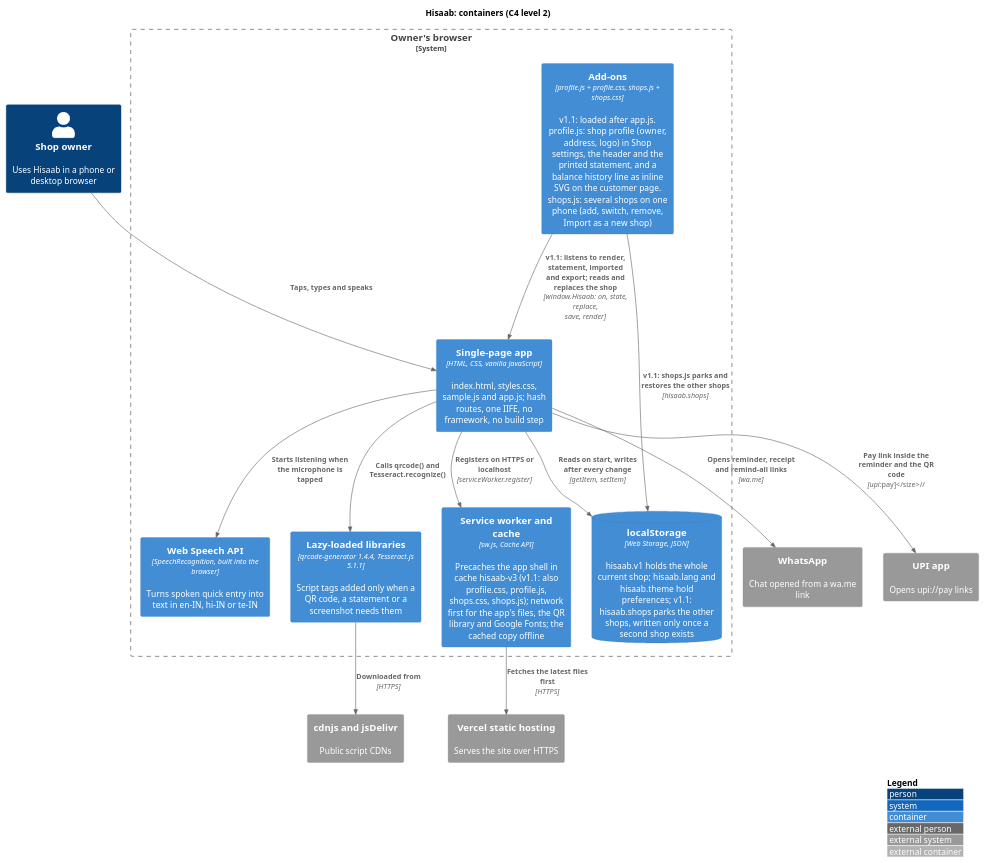
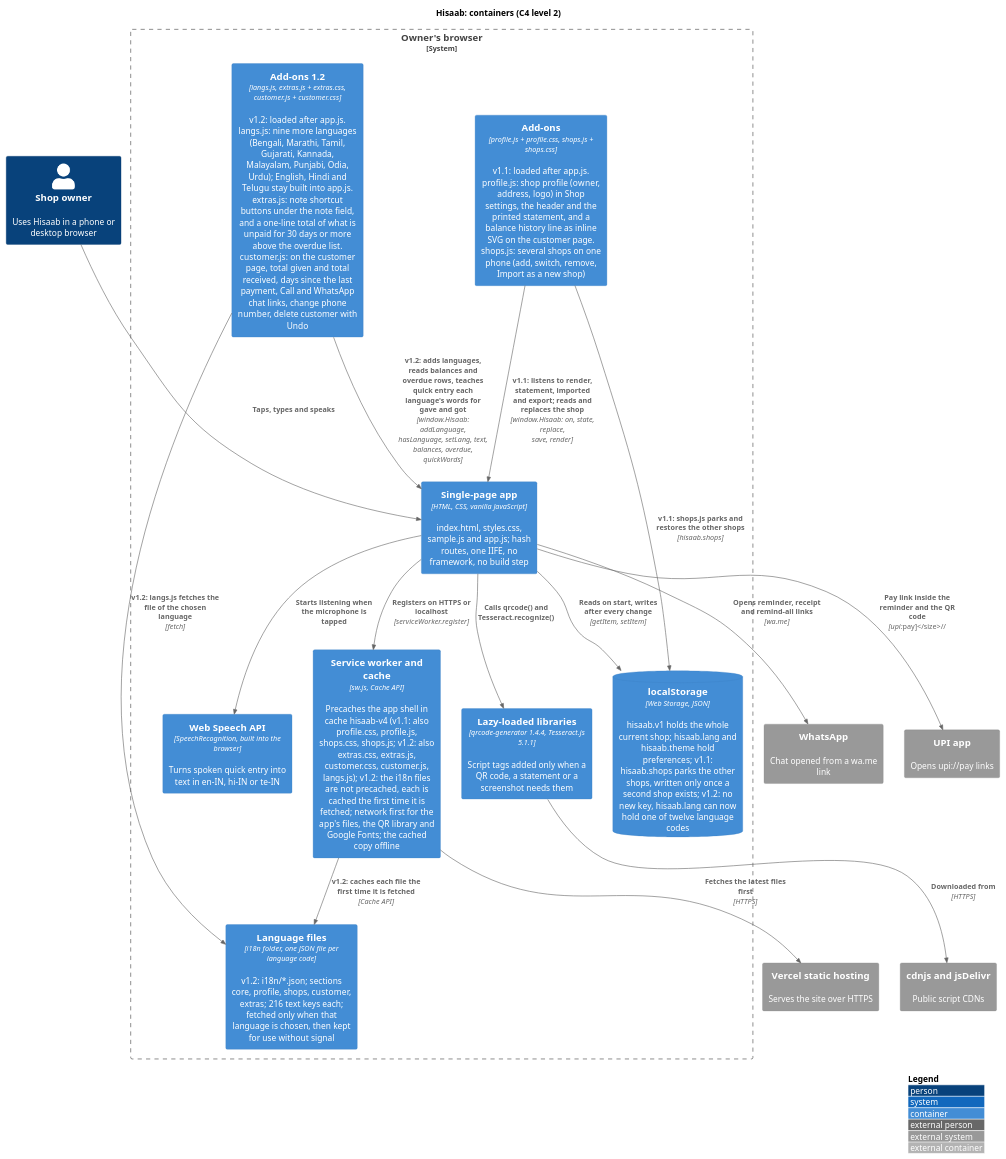
One commit to karwasanjay007/hisaab-docs changed the diagram in docs/diagrams/c4-container.puml. Above: the diagram before and after it, drawn with PlantUML. The commit also changed 25 other files, not shown here.

First line of the commit message:
Version 1.2.0.0: twelve languages, customer tools, note shortcuts; README supports table; requirement and feature map; diagrams; evidence; hosting team name removed

```diff
--- a/docs/diagrams/c4-container.puml
+++ b/docs/diagrams/c4-container.puml
@@ -1,33 +1,38 @@
 @startuml c4-container
 !include <C4/C4_Container>
 title Hisaab: containers (C4 level 2)
 
 Person(owner, "Shop owner", "Uses Hisaab in a phone or desktop browser")
 System_Ext(whatsapp, "WhatsApp", "Chat opened from a wa.me link")
 System_Ext(upi, "UPI app", "Opens upi://pay links")
 System_Ext(cdn, "cdnjs and jsDelivr", "Public script CDNs")
 System_Ext(vercel, "Vercel static hosting", "Serves the site over HTTPS")
 
 System_Boundary(browser, "Owner's browser") {
   Container(spa, "Single-page app", "HTML, CSS, vanilla JavaScript", "index.html, styles.css, sample.js and app.js; hash routes, one IIFE, no framework, no build step")
   Container(addons, "Add-ons", "profile.js + profile.css, shops.js + shops.css", "v1.1: loaded after app.js. profile.js: shop profile (owner, address, logo) in Shop settings, the header and the printed statement, and a balance history line as inline SVG on the customer page. shops.js: several shops on one phone (add, switch, remove, Import as a new shop)")
-  ContainerDb(ls, "localStorage", "Web Storage, JSON", "hisaab.v1 holds the whole current shop; hisaab.lang and hisaab.theme hold preferences; v1.1: hisaab.shops parks the other shops, written only once a second shop exists")
-  Container(sw, "Service worker and cache", "sw.js, Cache API", "Precaches the app shell in cache hisaab-v3 (v1.1: also profile.css, profile.js, shops.css, shops.js); network first for the app's files, the QR library and Google Fonts; the cached copy offline")
+  ContainerDb(ls, "localStorage", "Web Storage, JSON", "hisaab.v1 holds the whole current shop; hisaab.lang and hisaab.theme hold preferences; v1.1: hisaab.shops parks the other shops, written only once a second shop exists; v1.2: no new key, hisaab.lang can now hold one of twelve language codes")
+  Container(sw, "Service worker and cache", "sw.js, Cache API", "Precaches the app shell in cache hisaab-v4 (v1.1: also profile.css, profile.js, shops.css, shops.js; v1.2: also extras.css, extras.js, customer.css, customer.js, langs.js); v1.2: the i18n files are not precached, each is cached the first time it is fetched; network first for the app's files, the QR library and Google Fonts; the cached copy offline")
+  Container(addons12, "Add-ons 1.2", "langs.js, extras.js + extras.css, customer.js + customer.css", "v1.2: loaded after app.js. langs.js: nine more languages (Bengali, Marathi, Tamil, Gujarati, Kannada, Malayalam, Punjabi, Odia, Urdu); English, Hindi and Telugu stay built into app.js. extras.js: note shortcut buttons under the note field, and a one-line total of what is unpaid for 30 days or more above the overdue list. customer.js: on the customer page, total given and total received, days since the last payment, Call and WhatsApp chat links, change phone number, delete customer with Undo")
+  Container(i18nfiles, "Language files", "i18n folder, one JSON file per language code", "v1.2: i18n/*.json; sections core, profile, shops, customer, extras; 216 text keys each; fetched only when that language is chosen, then kept for use without signal")
   Container(libs, "Lazy-loaded libraries", "qrcode-generator 1.4.4, Tesseract.js 5.1.1", "Script tags added only when a QR code, a statement or a screenshot needs them")
   Container(speech, "Web Speech API", "SpeechRecognition, built into the browser", "Turns spoken quick entry into text in en-IN, hi-IN or te-IN")
 }
 
 Rel(owner, spa, "Taps, types and speaks")
 Rel(spa, ls, "Reads on start, writes after every change", "getItem, setItem")
 Rel(addons, spa, "v1.1: listens to render, statement, imported and export; reads and replaces the shop", "window.Hisaab: on, state, replace, save, render")
 Rel(addons, ls, "v1.1: shops.js parks and restores the other shops", "hisaab.shops")
+Rel(addons12, spa, "v1.2: adds languages, reads balances and overdue rows, teaches quick entry each language's words for gave and got", "window.Hisaab: addLanguage, hasLanguage, setLang, text, balances, overdue, quickWords")
+Rel(addons12, i18nfiles, "v1.2: langs.js fetches the file of the chosen language", "fetch")
+Rel(sw, i18nfiles, "v1.2: caches each file the first time it is fetched", "Cache API")
 Rel(spa, sw, "Registers on HTTPS or localhost", "serviceWorker.register")
 Rel(sw, vercel, "Fetches the latest files first", "HTTPS")
 Rel(spa, libs, "Calls qrcode() and Tesseract.recognize()")
 Rel(libs, cdn, "Downloaded from", "HTTPS")
 Rel(spa, speech, "Starts listening when the microphone is tapped")
 Rel(spa, whatsapp, "Opens reminder, receipt and remind-all links", "wa.me")
 Rel(spa, upi, "Pay link inside the reminder and the QR code", "upi://pay")
 
 LAYOUT_WITH_LEGEND()
 @enduml
```
